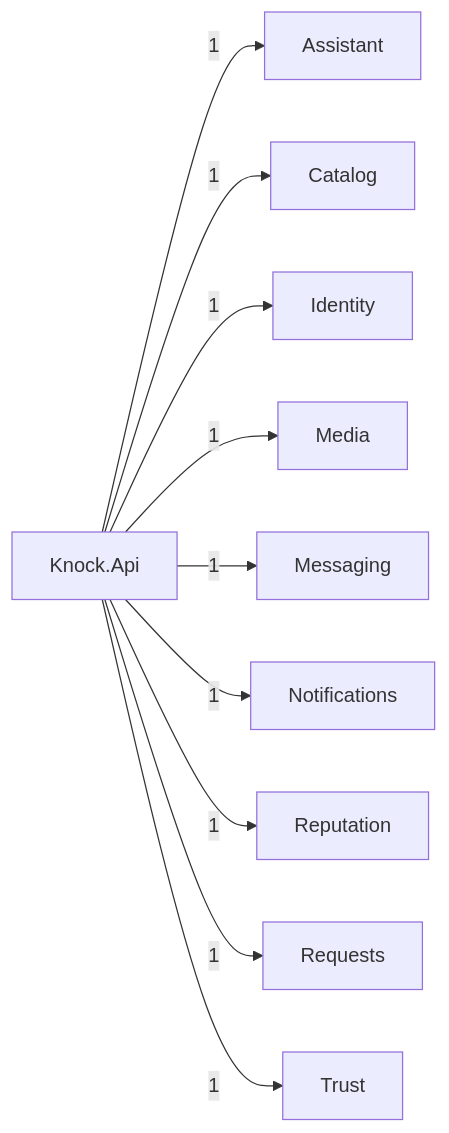
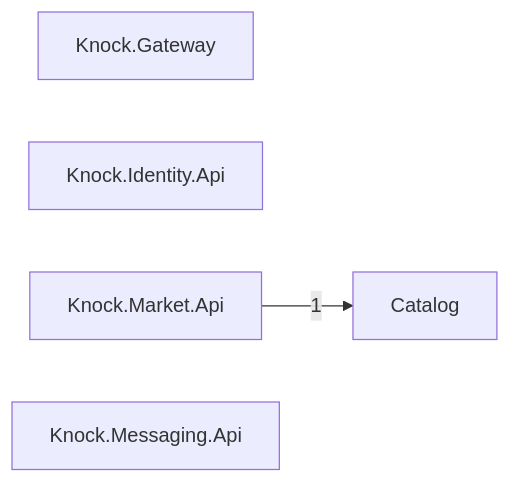
The diagram in docs/architecture/modules.mmd (Tensei-Devs/knock-backend), drawn with Mermaid before and after one commit. The commit also changed 64 other files, not shown here.

First line of the commit message:
feat(market): repartir Hosting, Common y el módulo Catalog de Knock.Api en Knock.Market.Api (.NET 11)

```diff
--- a/docs/architecture/modules.mmd
+++ b/docs/architecture/modules.mmd
@@ -1,20 +1,7 @@
 graph LR
-  Assistant["Assistant"]
   Catalog["Catalog"]
-  Identity["Identity"]
-  Knock_Api["Knock.Api"]
-  Media["Media"]
-  Messaging["Messaging"]
-  Notifications["Notifications"]
-  Reputation["Reputation"]
-  Requests["Requests"]
-  Trust["Trust"]
-  Knock_Api -->|1| Assistant
-  Knock_Api -->|1| Catalog
-  Knock_Api -->|1| Identity
-  Knock_Api -->|1| Media
-  Knock_Api -->|1| Messaging
-  Knock_Api -->|1| Notifications
-  Knock_Api -->|1| Reputation
-  Knock_Api -->|1| Requests
-  Knock_Api -->|1| Trust
+  Knock_Gateway["Knock.Gateway"]
+  Knock_Identity_Api["Knock.Identity.Api"]
+  Knock_Market_Api["Knock.Market.Api"]
+  Knock_Messaging_Api["Knock.Messaging.Api"]
+  Knock_Market_Api -->|1| Catalog
```
